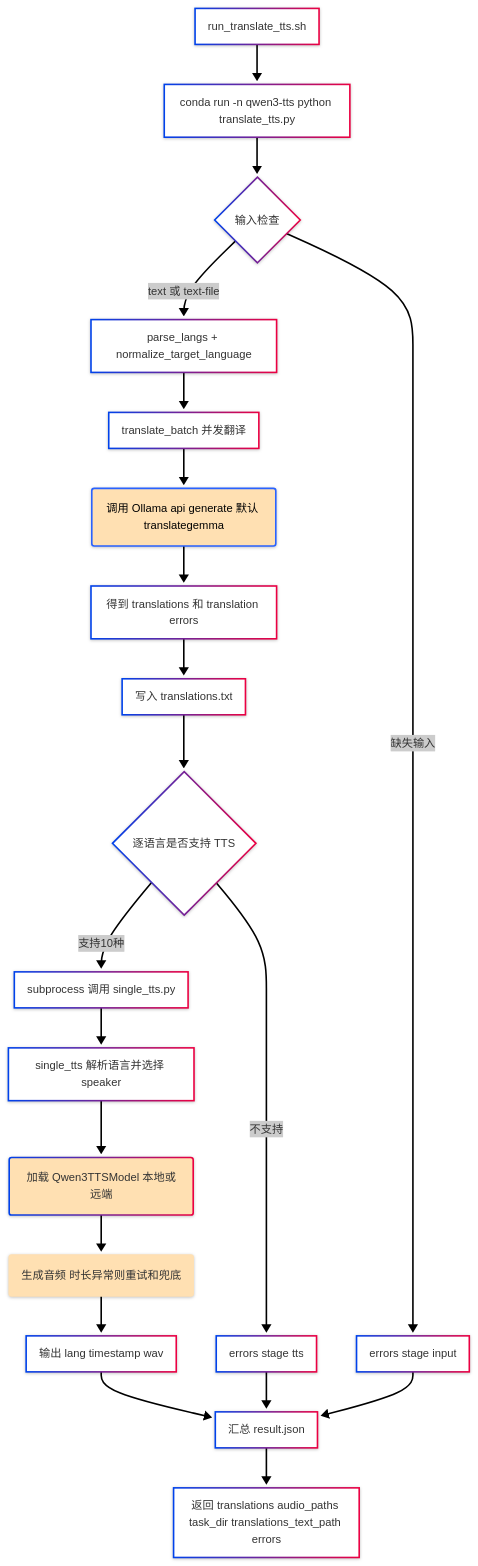
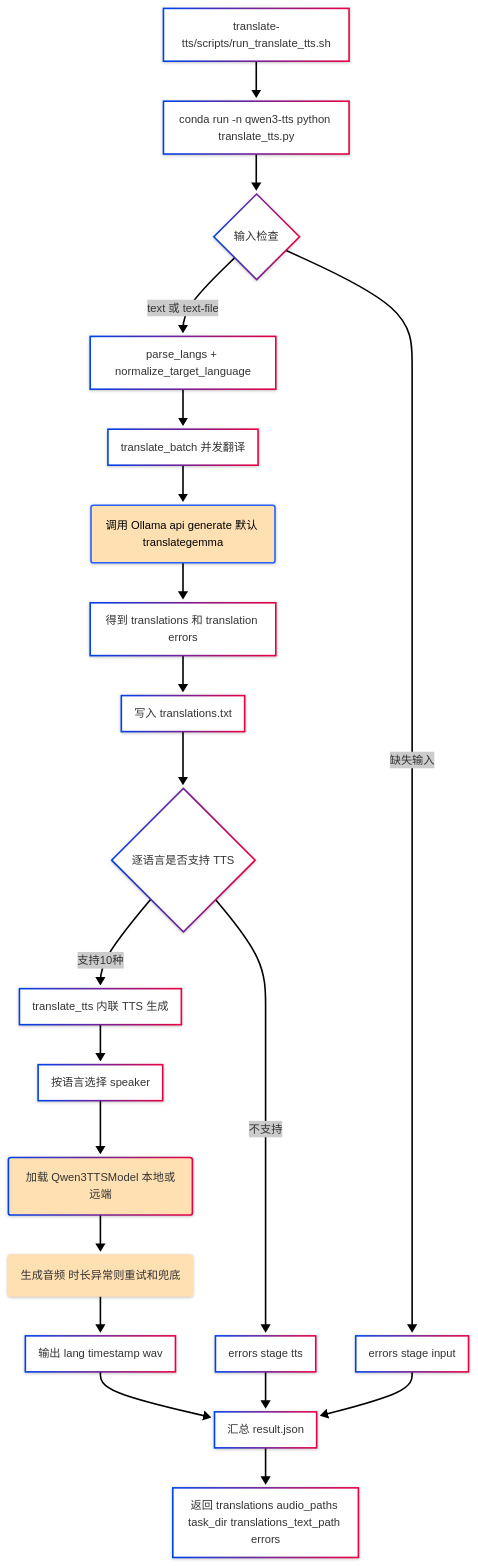
Before and after one commit to feuyeux/hello-skills: the diagram in README.md, drawn with Mermaid. The commit also changed other lines of this file and 12 other files, not shown here.

````diff
--- a/README.md
+++ b/README.md
@@ -8,35 +16,35 @@
 ```mermaid
 ---
 config:
   layout: dagre
   theme: neo
   look: neo
 ---
 flowchart TB
-    A["run_translate_tts.sh"] --> B["conda run -n qwen3-tts python translate_tts.py"]
+    A["translate-tts/scripts/run_translate_tts.sh"] --> B["conda run -n qwen3-tts python translate_tts.py"]
     B --> C{"输入检查"}
     C -- "text 或 text-file" --> D["parse_langs + normalize_target_language"]
     C -- 缺失输入 --> X1["errors stage input"]
     D --> E["translate_batch 并发翻译"]
     E --> F["调用 Ollama api generate 默认 translategemma"]
     F --> G["得到 translations 和 translation errors"]
     G --> H["写入 translations.txt"]
     H --> I{"逐语言是否支持 TTS"}
-    I -- 支持10种 --> J["subprocess 调用 single_tts.py"]
+    I -- 支持10种 --> J["translate_tts 内联 TTS 生成"]
     I -- 不支持 --> X2["errors stage tts"]
-    J --> K["single_tts 解析语言并选择 speaker"]
+    J --> K["按语言选择 speaker"]
     K --> L["加载 Qwen3TTSModel 本地或远端"]
     L --> M["生成音频 时长异常则重试和兜底"]
     M --> N["输出 lang timestamp wav"]
     N --> O["汇总 result.json"]
     X1 --> O
     X2 --> O
     O --> P["返回 translations audio_paths task_dir translations_text_path errors"]
 
     F@{ shape: rounded}
     L@{ shape: rounded}
     M@{ shape: rounded}
     style F stroke:#2962FF,fill:#FFE0B2,color:#000000
     style L fill:#FFE0B2
     style M stroke:#FFE0B2,fill:#FFE0B2
 ```
````
